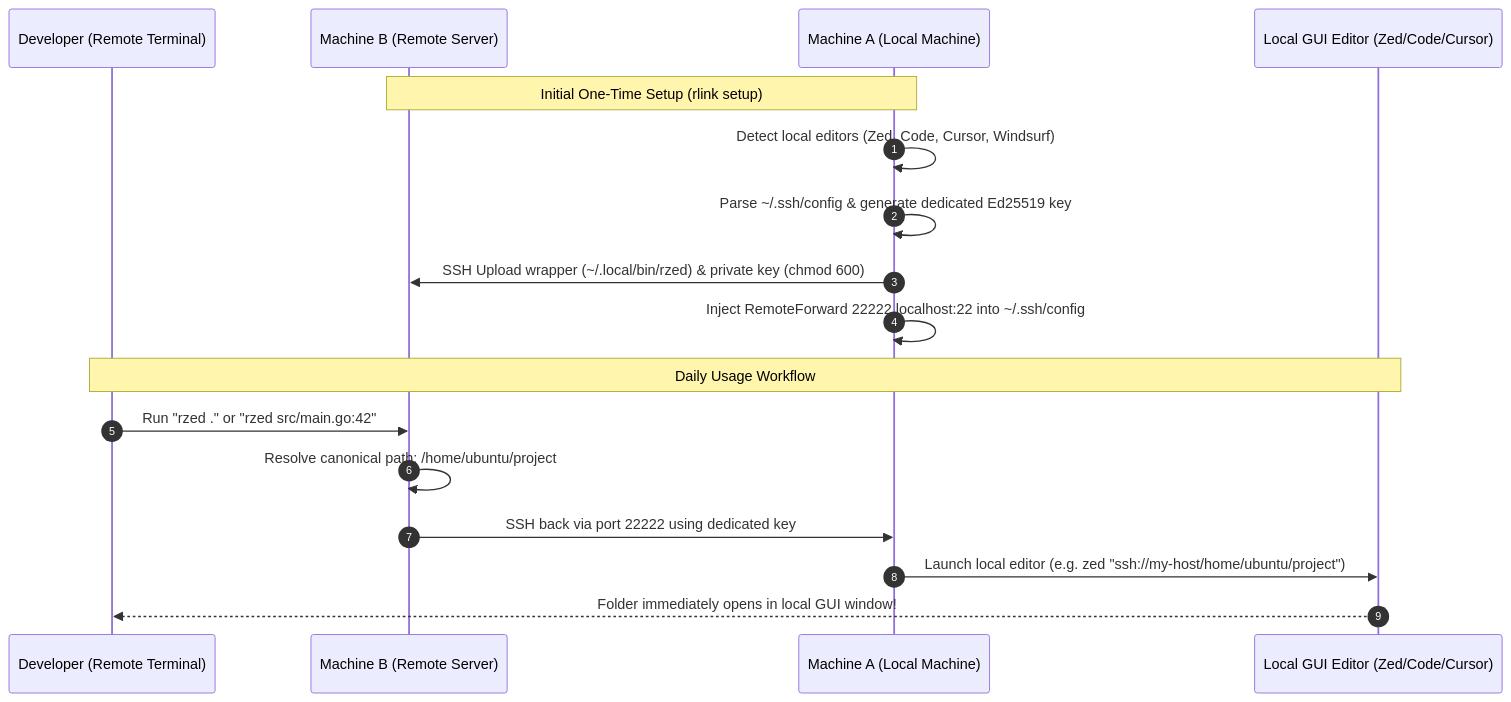
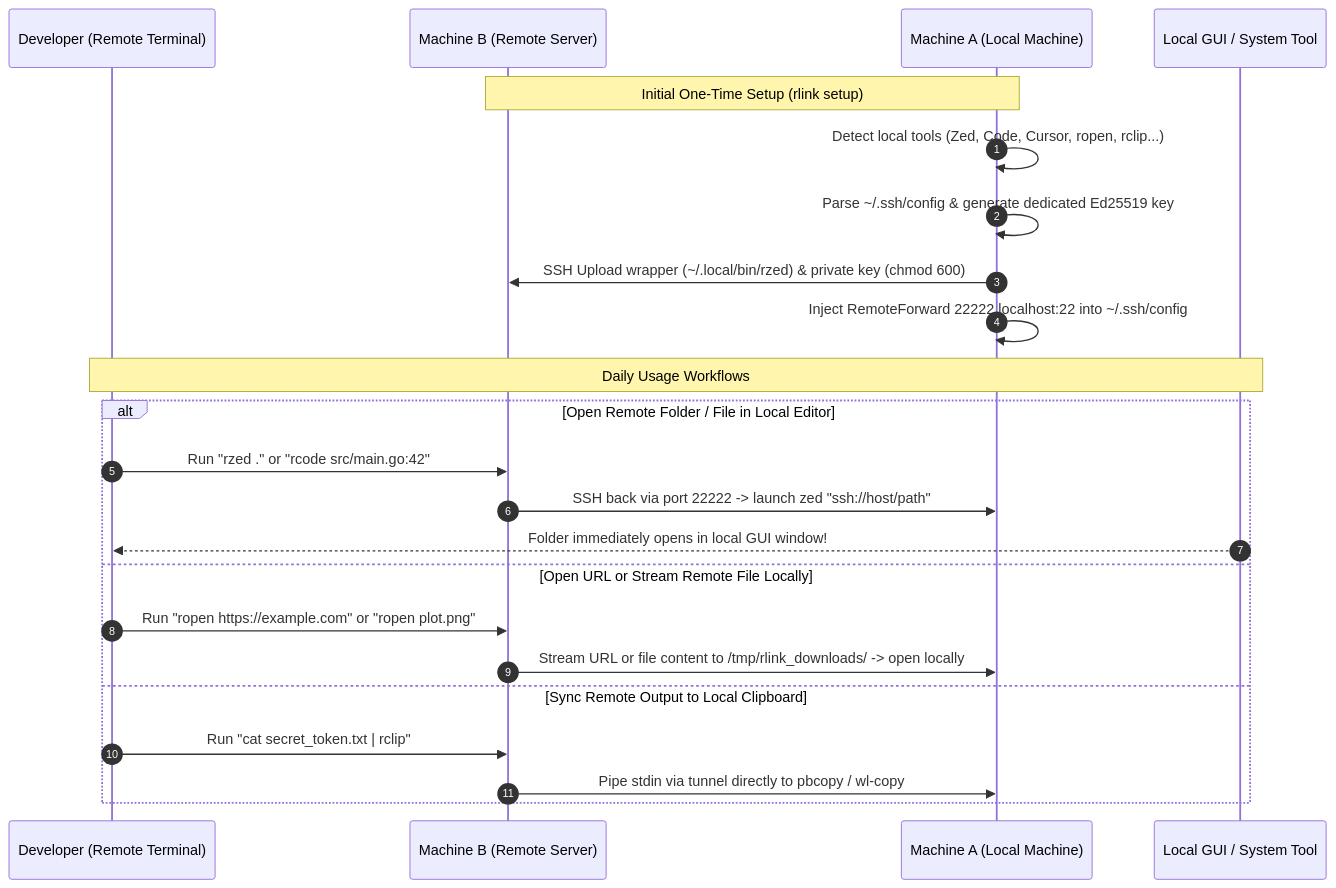
The diagram in README.md (quaywin/rlink), drawn with Mermaid before and after one commit. The commit also changed other lines of this file and 15 other files, not shown here.

Commit message:
feat: extend rlink with system opener, clipboard sync, custom commands, and multi-OS detection

````diff
--- a/README.md
+++ b/README.md
@@ -22,21 +26,27 @@
 ```mermaid
 sequenceDiagram
     autonumber
     participant Dev as Developer (Remote Terminal)
     participant B as Machine B (Remote Server)
     participant A as Machine A (Local Machine)
-    participant GUI as Local GUI Editor (Zed/Code/Cursor)
+    participant LocalApp as Local GUI / System Tool
 
     Note over A,B: Initial One-Time Setup (rlink setup)
-    A->>A: Detect local editors (Zed, Code, Cursor, Windsurf)
+    A->>A: Detect local tools (Zed, Code, Cursor, ropen, rclip...)
     A->>A: Parse ~/.ssh/config & generate dedicated Ed25519 key
     A->>B: SSH Upload wrapper (~/.local/bin/rzed) & private key (chmod 600)
     A->>A: Inject RemoteForward 22222 localhost:22 into ~/.ssh/config
 
-    Note over Dev,GUI: Daily Usage Workflow
-    Dev->>B: Run "rzed ." or "rzed src/main.go:42"
-    B->>B: Resolve canonical path: /home/ubuntu/project
-    B->>A: SSH back via port 22222 using dedicated key
-    A->>GUI: Launch local editor (e.g. zed "ssh://my-host/home/ubuntu/project")
-    GUI-->>Dev: Folder immediately opens in local GUI window!
+    Note over Dev,LocalApp: Daily Usage Workflows
+    alt Open Remote Folder / File in Local Editor
+        Dev->>B: Run "rzed ." or "rcode src/main.go:42"
+        B->>A: SSH back via port 22222 -> launch zed "ssh://host/path"
+        LocalApp-->>Dev: Folder immediately opens in local GUI window!
+    else Open URL or Stream Remote File Locally
+        Dev->>B: Run "ropen https://example.com" or "ropen plot.png"
+        B->>A: Stream URL or file content to /tmp/rlink_downloads/ -> open locally
+    else Sync Remote Output to Local Clipboard
+        Dev->>B: Run "cat secret_token.txt | rclip"
+        B->>A: Pipe stdin via tunnel directly to pbcopy / wl-copy
+    end
 ```
````
